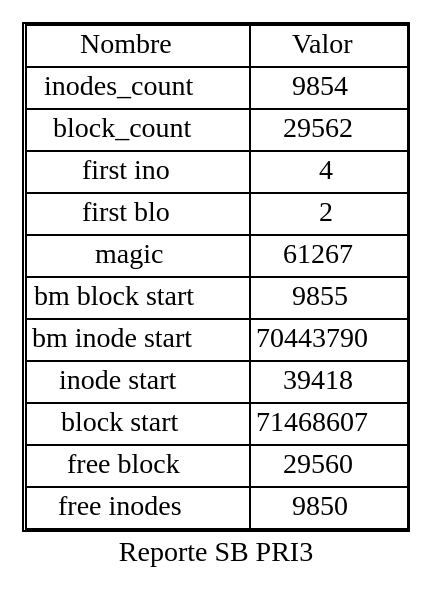
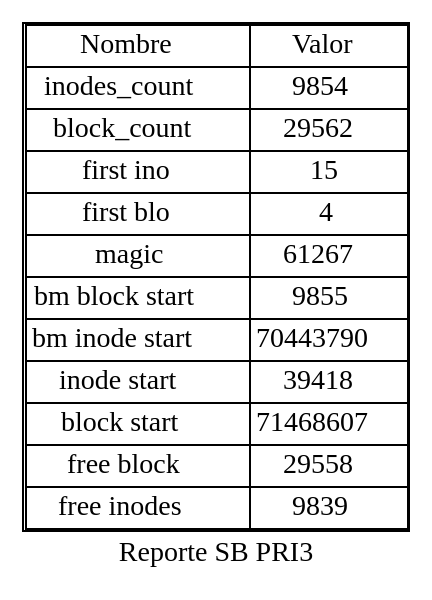
Before and after one commit to davdprado/-MIA-Proyecto1: the diagram in graficaD.dot, drawn with Graphviz. The commit also changed 4 other files, not shown here.

```diff
--- a/graficaD.dot
+++ b/graficaD.dot
@@ -1,22 +1,22 @@
 digraph G{
 graph [label = "Reporte SB PRI3"];
 node[shape=plain]
 randir=TB
 SB[label=<
 <table border="1" cellborder="1" cellspacing="0">
 <tr><td>Nombre</td><td>Valor</td></tr>
 <tr><td>inodes_count</td><td>9854</td></tr>
 <tr><td>block_count</td><td>29562</td></tr>
-<tr><td>first ino</td><td>4</td></tr>
-<tr><td>first blo</td><td>2</td></tr>
+<tr><td>first ino</td><td>15</td></tr>
+<tr><td>first blo</td><td>4</td></tr>
 <tr><td>magic</td><td>61267</td></tr>
 <tr><td>bm block start</td><td>9855</td></tr>
 <tr><td>bm inode start</td><td>70443790</td></tr>
 <tr><td>inode start</td><td>39418</td></tr>
 <tr><td>block start</td><td>71468607</td></tr>
-<tr><td>free block</td><td>29560</td></tr>
-<tr><td>free inodes</td><td>9850</td></tr>
+<tr><td>free block</td><td>29558</td></tr>
+<tr><td>free inodes</td><td>9839</td></tr>
 
 </table>
 >];
 }
```
